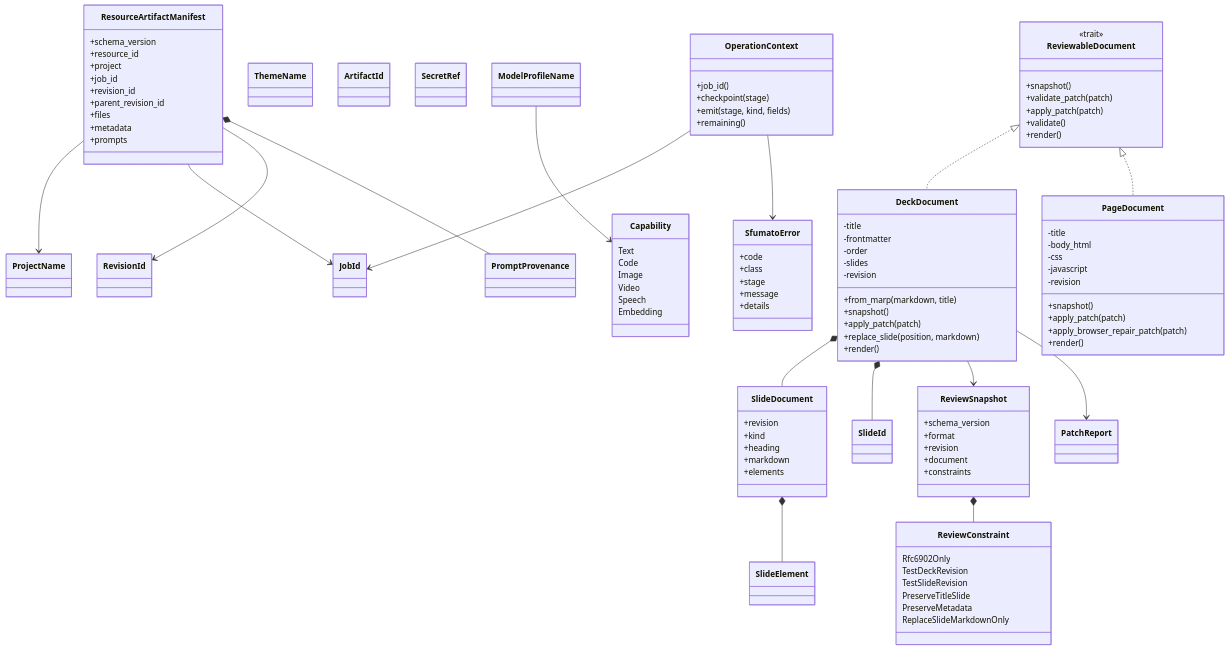
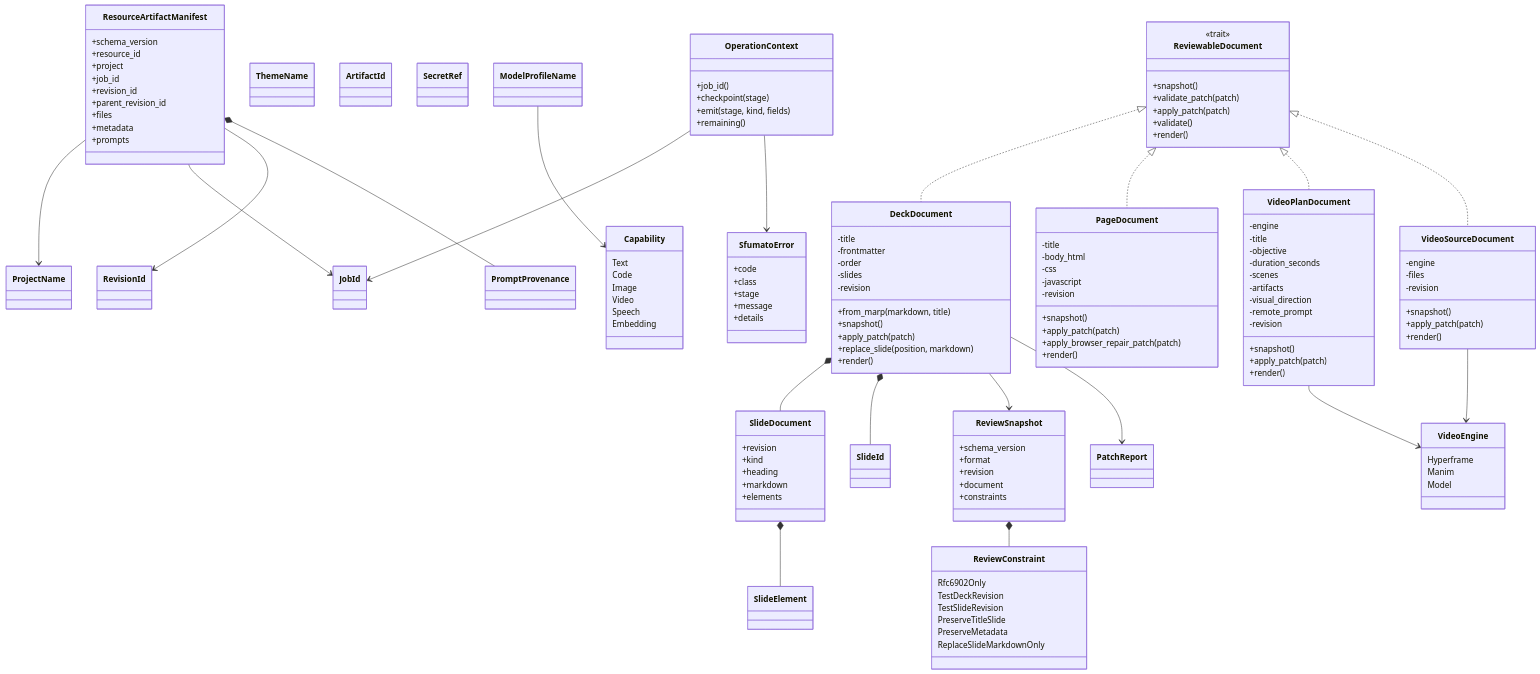
One commit to getsfumato/cli changed the diagram in docs/architecture/domain-model.mmd. Above: the diagram before and after it, drawn with Mermaid. The commit also changed 95 other files, not shown here.

```diff
--- a/docs/architecture/domain-model.mmd
+++ b/docs/architecture/domain-model.mmd
@@ -1,116 +1,147 @@
 %% Domain entities and application contracts implemented in v0.2.
 classDiagram
     class ProjectName
     class ModelProfileName
     class ThemeName
     class JobId
     class ArtifactId
     class RevisionId
     class SecretRef
     class Capability {
         Text
         Code
         Image
         Video
         Speech
         Embedding
     }
 
     class DeckDocument {
         -title
         -frontmatter
         -order
         -slides
         -revision
         +from_marp(markdown, title)
         +snapshot()
         +apply_patch(patch)
         +replace_slide(position, markdown)
         +render()
     }
     class PageDocument {
         -title
         -body_html
         -css
         -javascript
         -revision
         +snapshot()
         +apply_patch(patch)
         +apply_browser_repair_patch(patch)
         +render()
+    }
+    class VideoPlanDocument {
+        -engine
+        -title
+        -objective
+        -duration_seconds
+        -scenes
+        -artifacts
+        -visual_direction
+        -remote_prompt
+        -revision
+        +snapshot()
+        +apply_patch(patch)
+        +render()
+    }
+    class VideoSourceDocument {
+        -engine
+        -files
+        -revision
+        +snapshot()
+        +apply_patch(patch)
+        +render()
+    }
+    class VideoEngine {
+        Hyperframe
+        Manim
+        Model
     }
     class ReviewableDocument {
         <<trait>>
         +snapshot()
         +validate_patch(patch)
         +apply_patch(patch)
         +validate()
         +render()
     }
     class ReviewSnapshot {
         +schema_version
         +format
         +revision
         +document
         +constraints
     }
     class ReviewConstraint {
         Rfc6902Only
         TestDeckRevision
         TestSlideRevision
         PreserveTitleSlide
         PreserveMetadata
         ReplaceSlideMarkdownOnly
     }
     class SlideDocument {
         +revision
         +kind
         +heading
         +markdown
         +elements
     }
     class SlideId
     class SlideElement
     class PatchReport
 
     class ResourceArtifactManifest {
         +schema_version
         +resource_id
         +project
         +job_id
         +revision_id
         +parent_revision_id
         +files
         +metadata
         +prompts
     }
     class PromptProvenance
     class OperationContext {
         +job_id()
         +checkpoint(stage)
         +emit(stage, kind, fields)
         +remaining()
     }
     class SfumatoError {
         +code
         +class
         +stage
         +message
         +details
     }
 
     ReviewableDocument <|.. DeckDocument
     ReviewableDocument <|.. PageDocument
+    ReviewableDocument <|.. VideoPlanDocument
+    ReviewableDocument <|.. VideoSourceDocument
+    VideoPlanDocument --> VideoEngine
+    VideoSourceDocument --> VideoEngine
     DeckDocument *-- SlideDocument
     DeckDocument *-- SlideId
     SlideDocument *-- SlideElement
     DeckDocument --> ReviewSnapshot
     ReviewSnapshot *-- ReviewConstraint
     DeckDocument --> PatchReport
     ResourceArtifactManifest --> ProjectName
     ResourceArtifactManifest --> JobId
     ResourceArtifactManifest --> RevisionId
     ResourceArtifactManifest *-- PromptProvenance
     OperationContext --> JobId
     OperationContext --> SfumatoError
     ModelProfileName --> Capability
```
